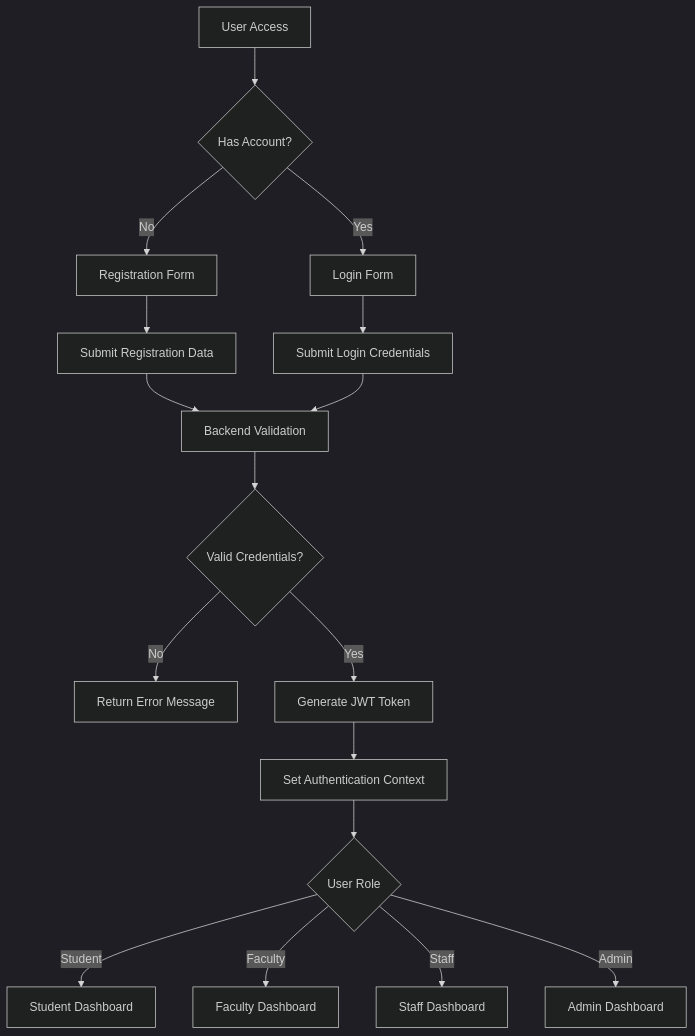
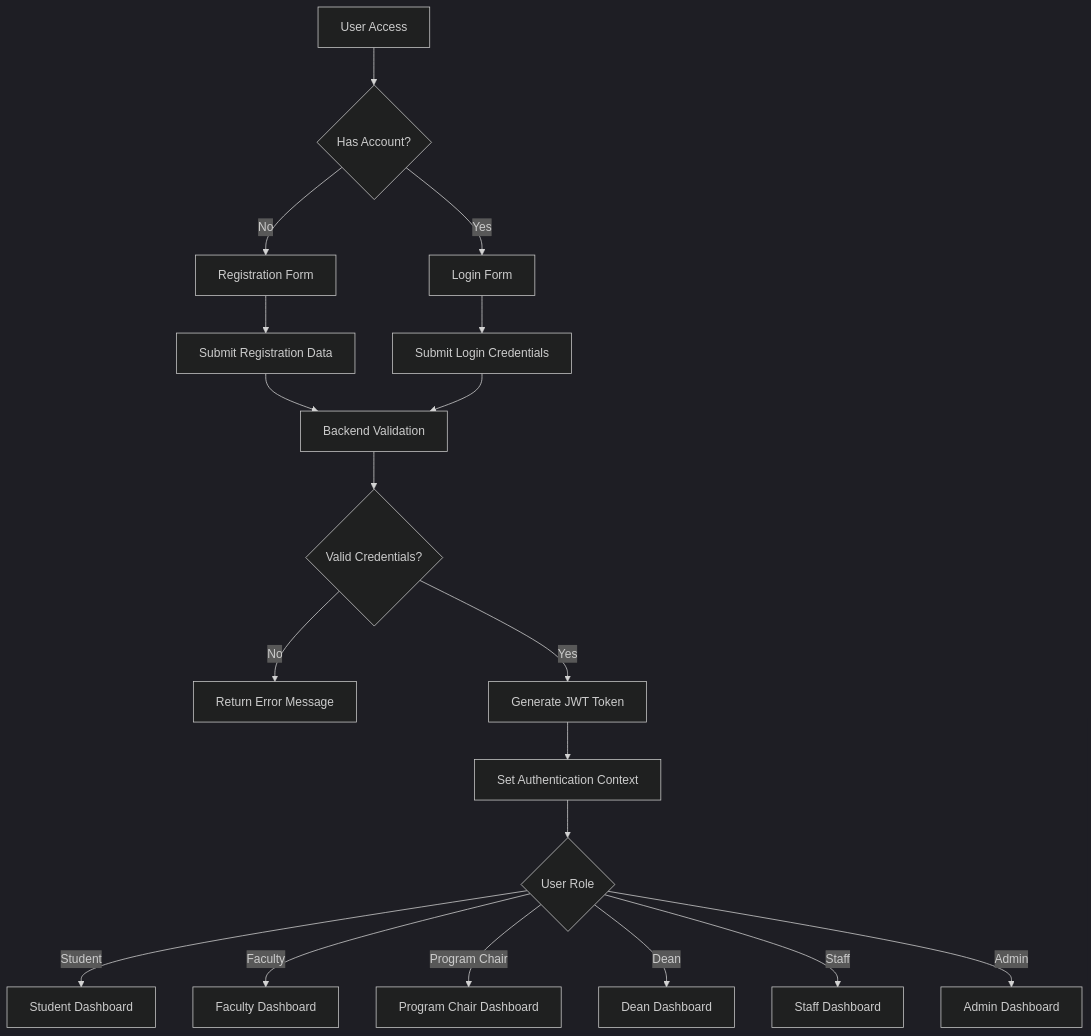
The third of 5 diagrams in SYSTEM_ANALYSIS.md (malfoydevera/capstone-nucleus), drawn with Mermaid (dark theme) before and after one commit. The commit also changed other lines of this file and 13 other files, not shown here.

````diff
--- a/SYSTEM_ANALYSIS.md
+++ b/SYSTEM_ANALYSIS.md
@@ -352,19 +408,21 @@
 ```mermaid
 graph TD
     A[User Access] --> B{Has Account?}
     B -->|No| C[Registration Form]
     B -->|Yes| D[Login Form]
     C --> E[Submit Registration Data]
     D --> F[Submit Login Credentials]
     E --> G[Backend Validation]
     F --> G
     G --> H{Valid Credentials?}
     H -->|No| I[Return Error Message]
     H -->|Yes| J[Generate JWT Token]
     J --> K[Set Authentication Context]
     K --> L{User Role}
     L -->|Student| M[Student Dashboard]
     L -->|Faculty| N[Faculty Dashboard]
-    L -->|Staff| O[Staff Dashboard]
-    L -->|Admin| P[Admin Dashboard]
+    L -->|Program Chair| O[Program Chair Dashboard]
+    L -->|Dean| P[Dean Dashboard]
+    L -->|Staff| Q[Staff Dashboard]
+    L -->|Admin| R[Admin Dashboard]
 ```
````
